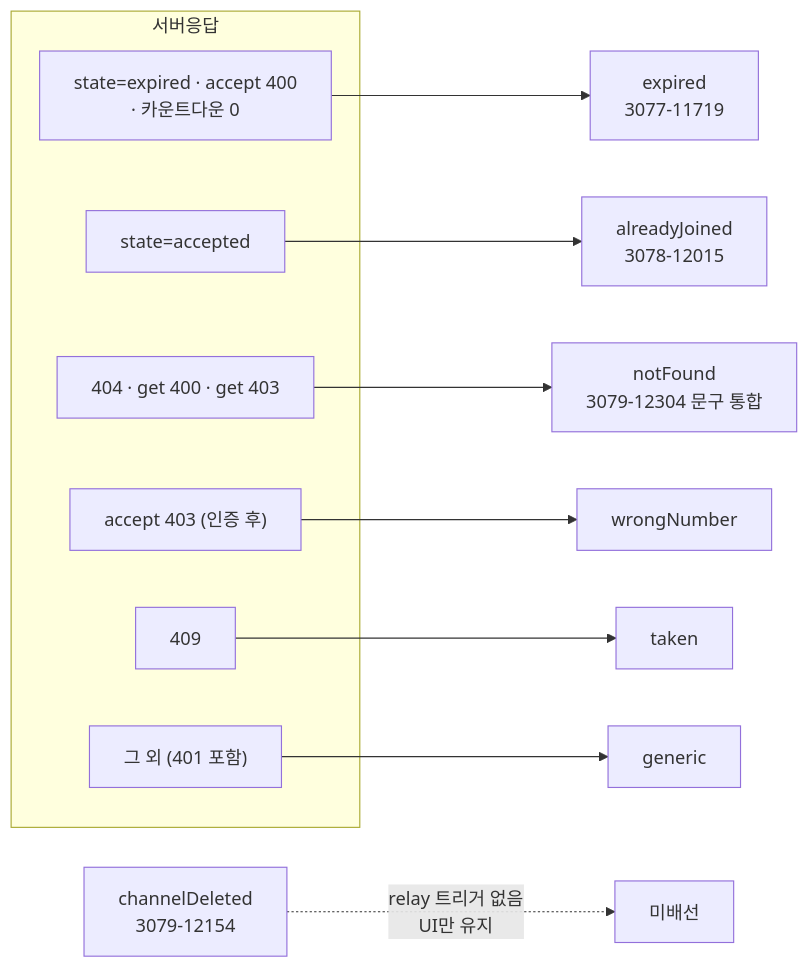
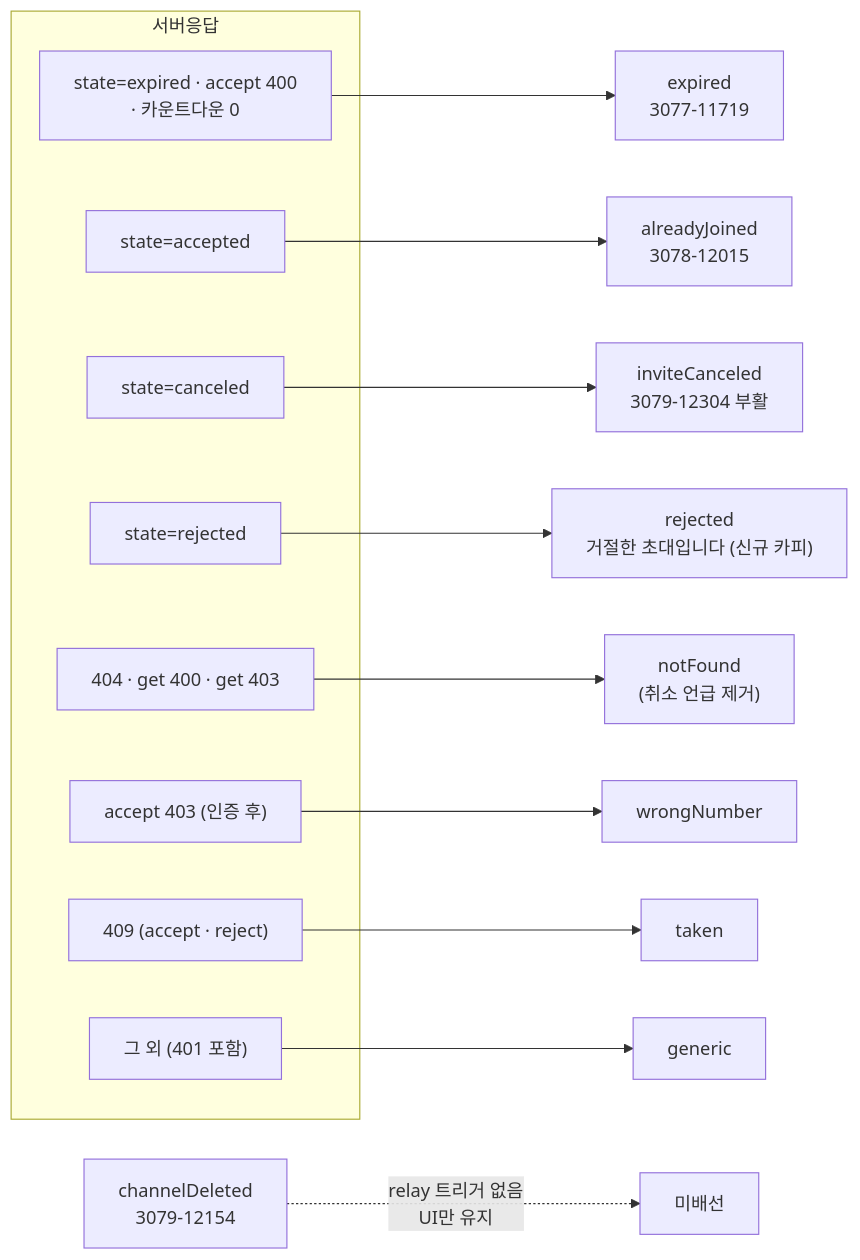
The third of 5 diagrams in apps/web/docs/feature/invite/relay-invite-accept.md (lemoncloud-io/dou-app), drawn with Mermaid before and after one commit. The commit also changed other lines of this file and 68 other files, not shown here.

First line of the commit message:
feat(web/invite): adopt real cancel/reject and support international phone numbers

````diff
--- a/apps/web/docs/feature/invite/relay-invite-accept.md
+++ b/apps/web/docs/feature/invite/relay-invite-accept.md
@@ -261,18 +283,22 @@
 ```mermaid
 flowchart LR
     subgraph 서버응답
         A1["state=expired · accept 400<br/>· 카운트다운 0"]
         A2["state=accepted"]
-        A3["404 · get 400 · get 403"]
-        A5["accept 403 (인증 후)"]
-        A6["409"]
-        A7["그 외 (401 포함)"]
+        A3["state=canceled"]
+        A4["state=rejected"]
+        A5["404 · get 400 · get 403"]
+        A6["accept 403 (인증 후)"]
+        A7["409 (accept · reject)"]
+        A8["그 외 (401 포함)"]
     end
     A1 --> D1[expired<br/>3077-11719]
     A2 --> D2[alreadyJoined<br/>3078-12015]
-    A3 --> D3["notFound<br/>3079-12304 문구 통합"]
-    A5 --> D4[wrongNumber]
-    A6 --> D5[taken]
-    A7 --> D6[generic]
-    D7["channelDeleted<br/>3079-12154"] -.->|relay 트리거 없음<br/>UI만 유지| X[미배선]
+    A3 --> D3[inviteCanceled<br/>3079-12304 부활]
+    A4 --> D4["rejected<br/>거절한 초대입니다 (신규 카피)"]
+    A5 --> D5["notFound<br/>(취소 언급 제거)"]
+    A6 --> D6[wrongNumber]
+    A7 --> D7[taken]
+    A8 --> D8[generic]
+    D9["channelDeleted<br/>3079-12154"] -.->|relay 트리거 없음<br/>UI만 유지| X[미배선]
 ```
````
